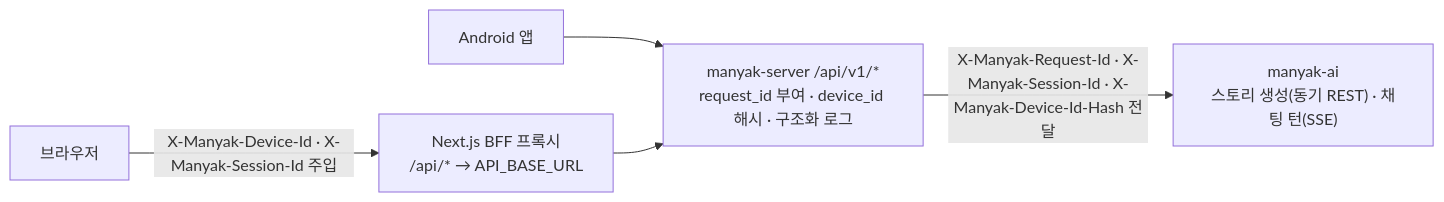
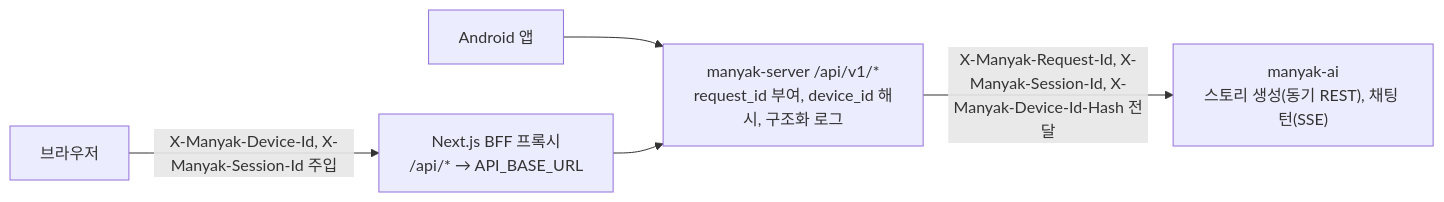
The diagram in docs/platform/BACKEND/1-ARCHITECTURE.md (KIM-N-KANG/knk-harness), drawn with Mermaid before and after one commit. The commit also changed 7 other files, not shown here.

````diff
--- a/docs/platform/BACKEND/1-ARCHITECTURE.md
+++ b/docs/platform/BACKEND/1-ARCHITECTURE.md
@@ -25,7 +25,7 @@
 ```mermaid
 graph LR
-    Browser[브라우저] -->|X-Manyak-Device-Id · X-Manyak-Session-Id 주입| BFF["Next.js BFF 프록시<br/>/api/* → API_BASE_URL"]
+    Browser[브라우저] -->|X-Manyak-Device-Id, X-Manyak-Session-Id 주입| BFF["Next.js BFF 프록시<br/>/api/* → API_BASE_URL"]
     Android[Android 앱] --> Server
-    BFF --> Server["manyak-server /api/v1/*<br/>request_id 부여 · device_id 해시 · 구조화 로그"]
-    Server -->|X-Manyak-Request-Id · X-Manyak-Session-Id · X-Manyak-Device-Id-Hash 전달| AI["manyak-ai<br/>스토리 생성(동기 REST) · 채팅 턴(SSE)"]
+    BFF --> Server["manyak-server /api/v1/*<br/>request_id 부여, device_id 해시, 구조화 로그"]
+    Server -->|X-Manyak-Request-Id, X-Manyak-Session-Id, X-Manyak-Device-Id-Hash 전달| AI["manyak-ai<br/>스토리 생성(동기 REST), 채팅 턴(SSE)"]
 ```
````
